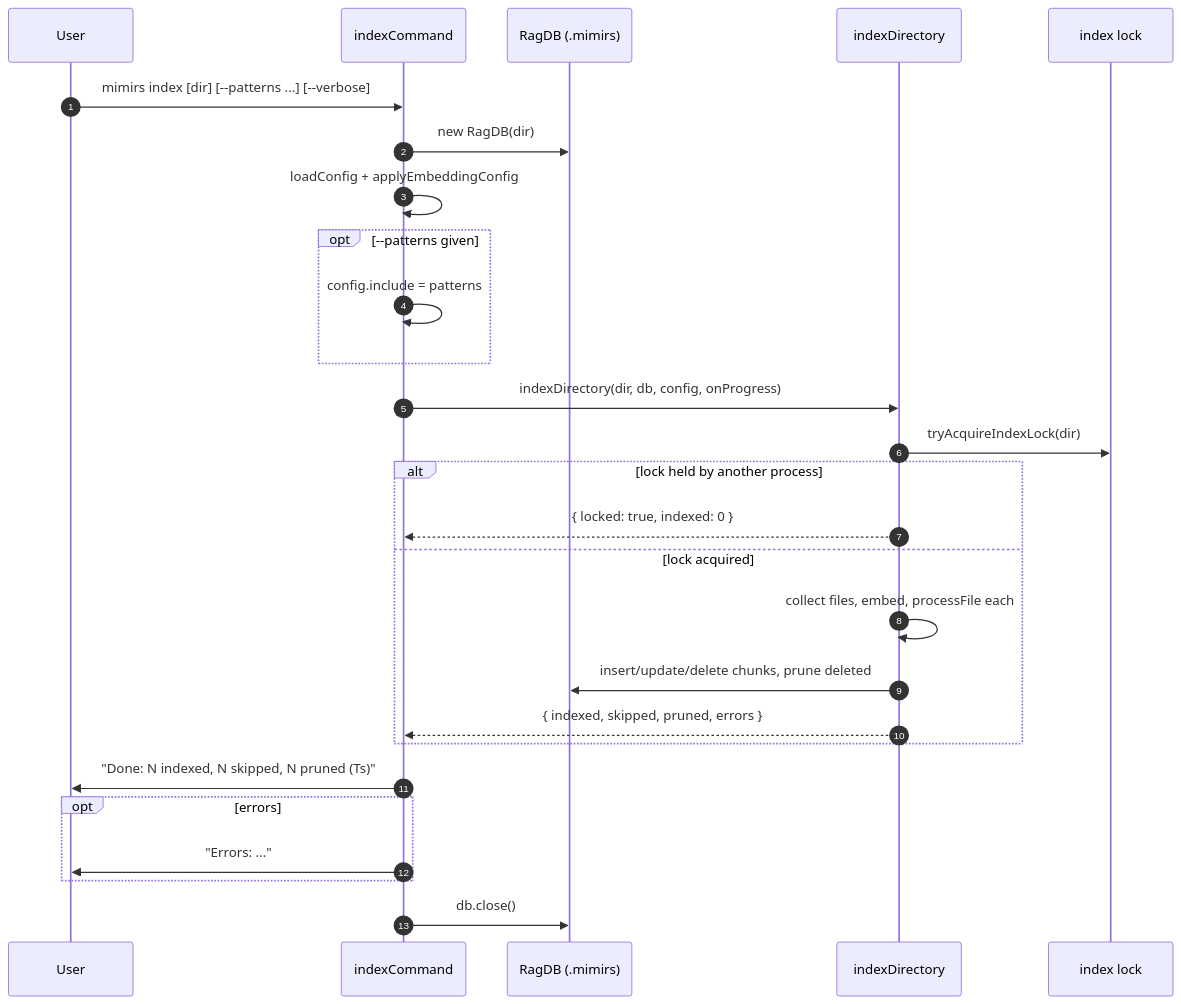
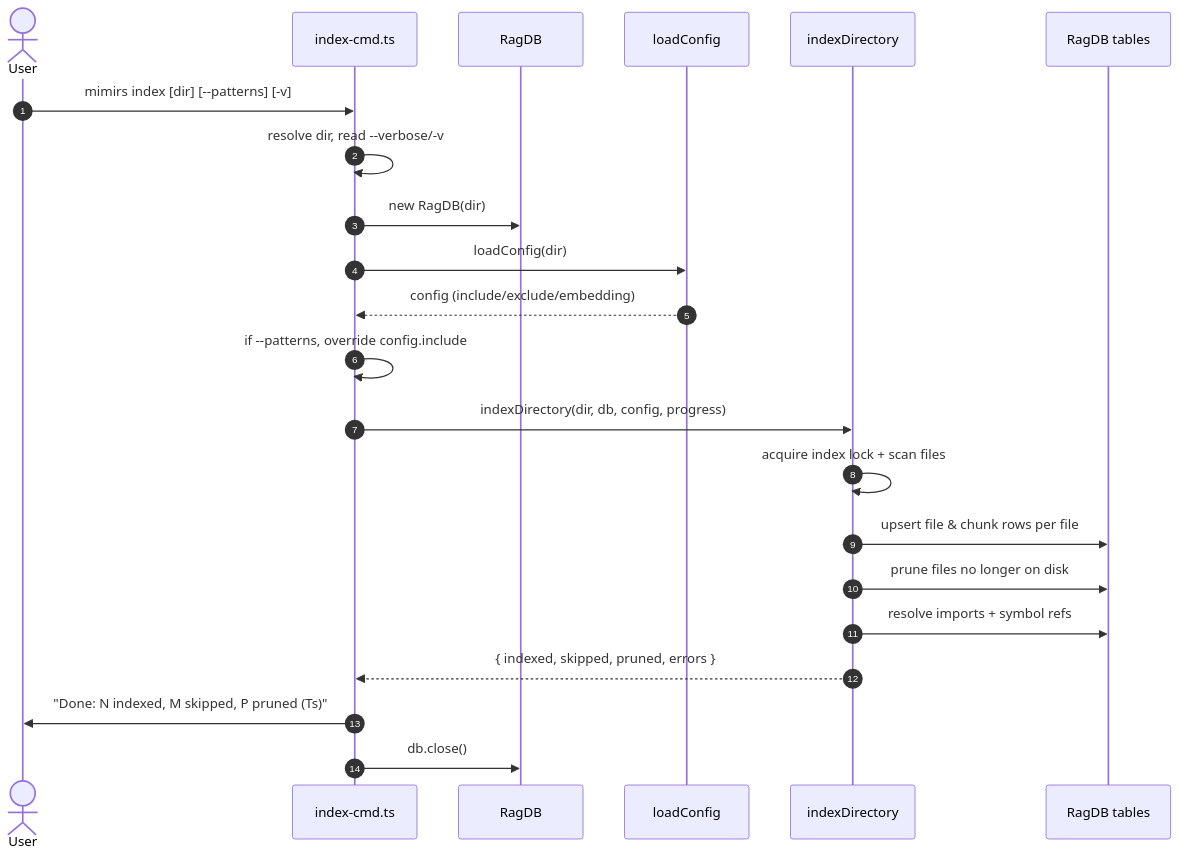
The diagram in wiki/cli/index.md (TheWinci/mimirs), drawn with Mermaid before and after one commit. The commit also changed other lines of this file and 51 other files, not shown here.

````diff
--- a/wiki/cli/index.md
+++ b/wiki/cli/index.md
@@ -24,30 +11,24 @@
 ```mermaid
 sequenceDiagram
     autonumber
-    participant User
-    participant Cmd as indexCommand
-    participant DB as RagDB (.mimirs)
-    participant Indexer as indexDirectory
-    participant Lock as index lock
-
-    User->>Cmd: mimirs index [dir] [--patterns ...] [--verbose]
-    Cmd->>DB: new RagDB(dir)
-    Cmd->>Cmd: loadConfig + applyEmbeddingConfig
-    opt --patterns given
-        Cmd->>Cmd: config.include = patterns
-    end
-    Cmd->>Indexer: indexDirectory(dir, db, config, onProgress)
-    Indexer->>Lock: tryAcquireIndexLock(dir)
-    alt lock held by another process
-        Indexer-->>Cmd: { locked: true, indexed: 0 }
-    else lock acquired
-        Indexer->>Indexer: collect files, embed, processFile each
-        Indexer->>DB: insert/update/delete chunks, prune deleted
-        Indexer-->>Cmd: { indexed, skipped, pruned, errors }
-    end
-    Cmd->>User: "Done: N indexed, N skipped, N pruned (Ts)"
-    opt errors
-        Cmd->>User: "Errors: ..."
-    end
-    Cmd->>DB: db.close()
+    actor User
+    participant CLI as index-cmd.ts
+    participant DB as RagDB
+    participant Cfg as loadConfig
+    participant Idx as indexDirectory
+    participant Store as RagDB tables
+    User->>CLI: mimirs index [dir] [--patterns] [-v]
+    CLI->>CLI: resolve dir, read --verbose/-v
+    CLI->>DB: new RagDB(dir)
+    CLI->>Cfg: loadConfig(dir)
+    Cfg-->>CLI: config (include/exclude/embedding)
+    CLI->>CLI: if --patterns, override config.include
+    CLI->>Idx: indexDirectory(dir, db, config, progress)
+    Idx->>Idx: acquire index lock + scan files
+    Idx->>Store: upsert file & chunk rows per file
+    Idx->>Store: prune files no longer on disk
+    Idx->>Store: resolve imports + symbol refs
+    Idx-->>CLI: { indexed, skipped, pruned, errors }
+    CLI->>User: "Done: N indexed, M skipped, P pruned (Ts)"
+    CLI->>DB: db.close()
 ```
````
